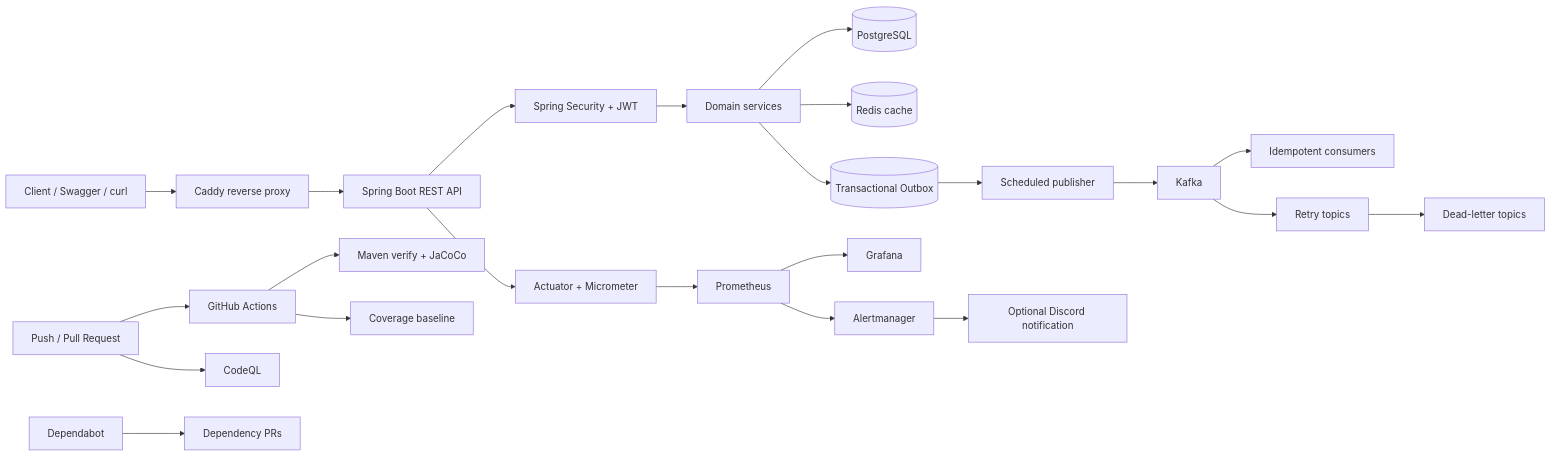
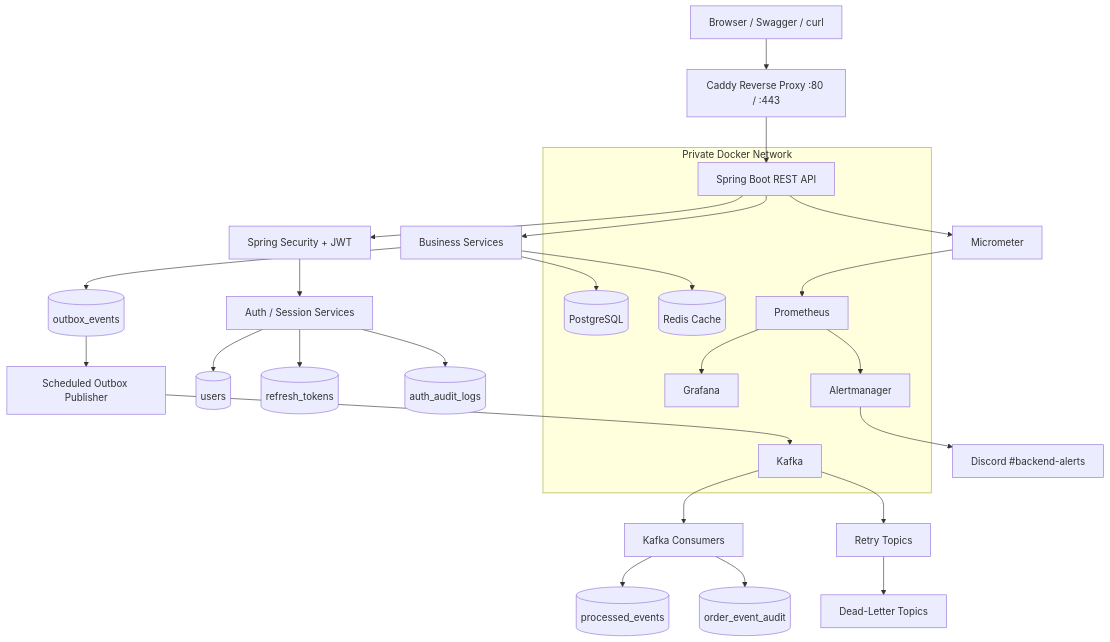
The diagram in README.md (ravan-chuang/spring-boot-ecommerce-backend), drawn with Mermaid before and after one commit. The commit also changed other lines of this file and 2 other files, not shown here.

Commit message:
docs: refresh engineering documentation for v1.1.0

````diff
--- a/README.md
+++ b/README.md
@@ -52,29 +48,39 @@
 ```mermaid
-flowchart LR
-    Client[Client / Swagger / curl] --> Caddy[Caddy reverse proxy]
+flowchart TD
+    Client[Browser / Swagger / curl] --> Caddy[Caddy Reverse Proxy :80 / :443]
     Caddy --> API[Spring Boot REST API]
     API --> Security[Spring Security + JWT]
-    Security --> Services[Domain services]
+    Security --> Auth[Auth / Session Services]
+    Auth --> Users[(users)]
+    Auth --> RefreshTokens[(refresh_tokens)]
+    Auth --> AuthAudit[(auth_audit_logs)]
 
+    API --> Services[Business Services]
     Services --> PostgreSQL[(PostgreSQL)]
-    Services --> Redis[(Redis cache)]
-    Services --> Outbox[(Transactional Outbox)]
+    Services --> Redis[(Redis Cache)]
+    Services --> Outbox[(outbox_events)]
 
-    Outbox --> Publisher[Scheduled publisher]
+    Outbox --> Publisher[Scheduled Outbox Publisher]
     Publisher --> Kafka[Kafka]
-    Kafka --> Consumer[Idempotent consumers]
-    Kafka --> Retry[Retry topics]
-    Retry --> DLT[Dead-letter topics]
+    Kafka --> Consumer[Kafka Consumers]
+    Consumer --> Processed[(processed_events)]
+    Consumer --> OrderAudit[(order_event_audit)]
+    Kafka --> Retry[Retry Topics]
+    Retry --> DLT[Dead-Letter Topics]
 
-    API --> Metrics[Actuator + Micrometer]
+    API --> Metrics[Micrometer]
     Metrics --> Prometheus[Prometheus]
     Prometheus --> Grafana[Grafana]
     Prometheus --> Alertmanager[Alertmanager]
-    Alertmanager --> Discord[Optional Discord notification]
+    Alertmanager --> Discord[Discord #backend-alerts]
 
-    GitHub[Push / Pull Request] --> CI[GitHub Actions]
-    CI --> Verify[Maven verify + JaCoCo]
-    CI --> Baseline[Coverage baseline]
-    GitHub --> CodeQL[CodeQL]
-    Dependabot[Dependabot] --> PullRequests[Dependency PRs]
+    subgraph Private Docker Network
+      API
+      PostgreSQL
+      Redis
+      Kafka
+      Prometheus
+      Grafana
+      Alertmanager
+    end
 ```
````
